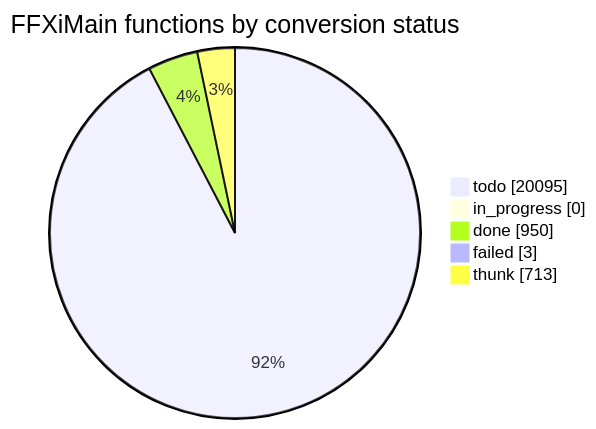
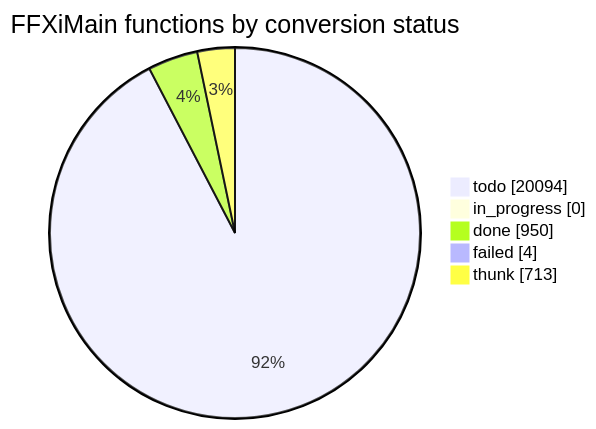
The diagram in docs/cow/STATUS.md (cowrevenge/cow_kuluu_xi_anything), drawn with Mermaid before and after one commit. The commit also changed other lines of this file and 4 other files, not shown here.

````diff
--- a/docs/cow/STATUS.md
+++ b/docs/cow/STATUS.md
@@ -18,9 +18,9 @@
 ```mermaid
 pie showData
     title FFXiMain functions by conversion status
-    "todo" : 20095
+    "todo" : 20094
     "in_progress" : 0
     "done" : 950
-    "failed" : 3
+    "failed" : 4
     "thunk" : 713
 ```
````
